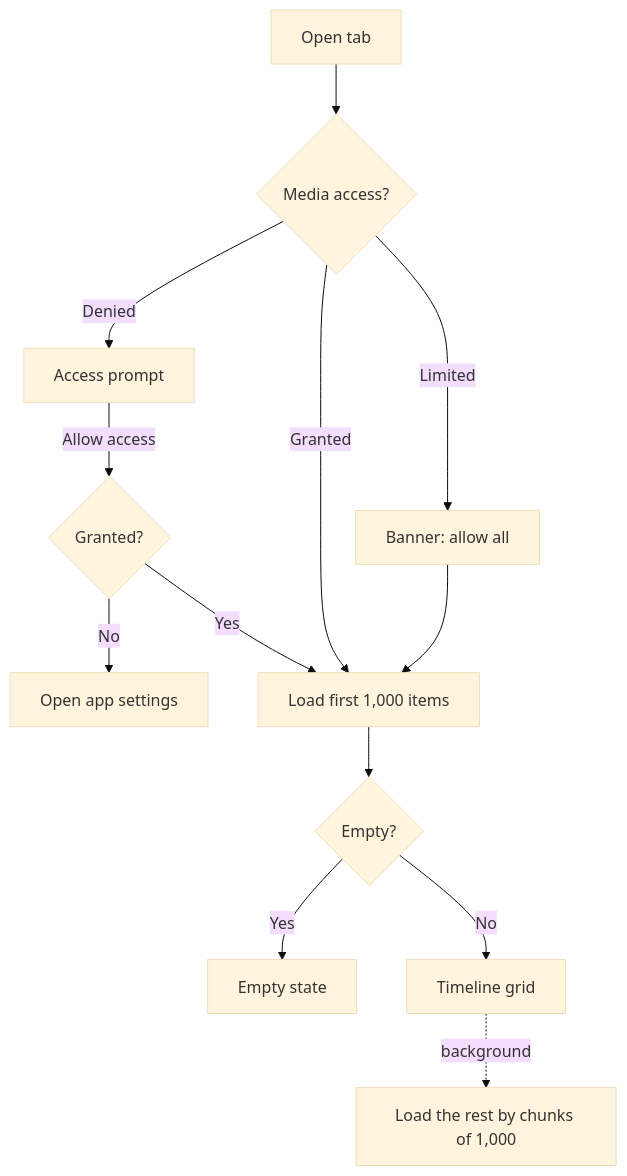
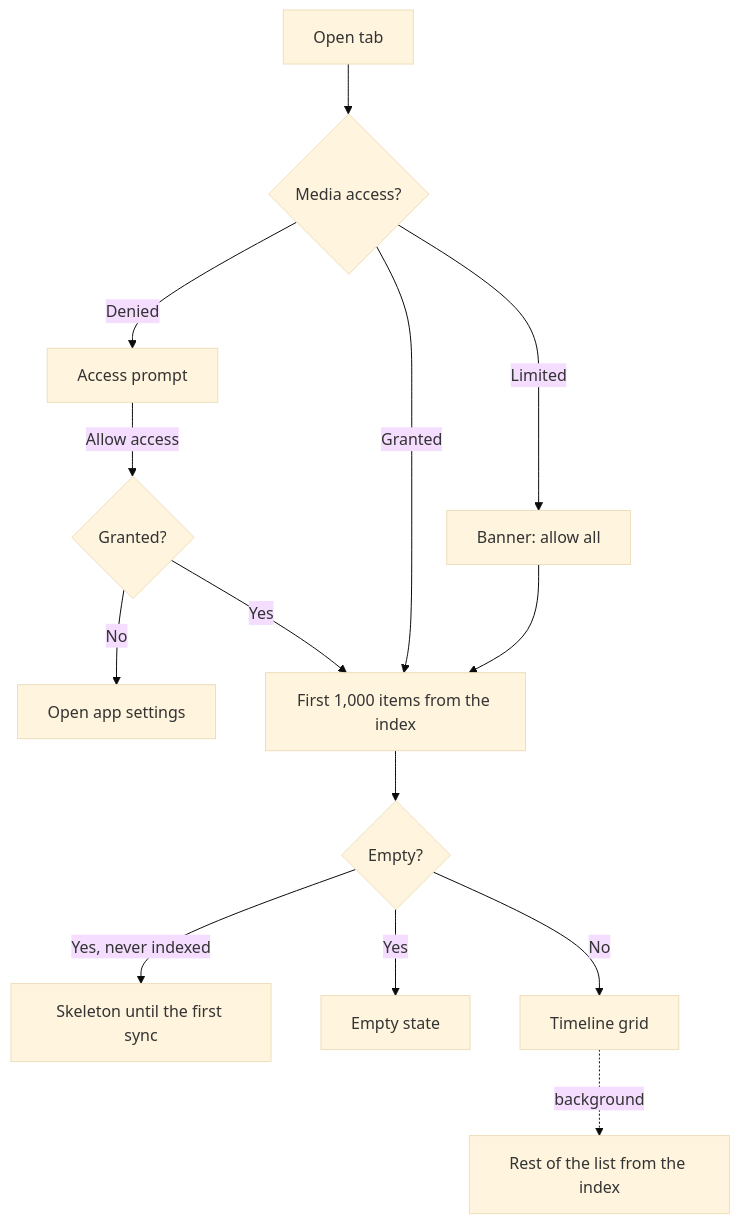
One commit to Bichoumac/Clean-Gallery changed the diagram in docs/features/library.md. Above: the diagram before and after it, drawn with Mermaid (base theme). The commit also changed other lines of this file and 38 other files, not shown here.

````diff
--- a/docs/features/library.md
+++ b/docs/features/library.md
@@ -79,12 +93,13 @@
 ```mermaid
 flowchart TD
     A[Open tab] --> B{Media access?}
     B -->|Denied| C[Access prompt] -->|Allow access| D{Granted?}
     D -->|No| E[Open app settings]
     D -->|Yes| F
-    B -->|Granted| F[Load first 1,000 items]
+    B -->|Granted| F[First 1,000 items from the index]
     B -->|Limited| G[Banner: allow all] --> F
     F --> H{Empty?}
+    H -->|Yes, never indexed| S[Skeleton until the first sync]
     H -->|Yes| I[Empty state]
-    H -->|No| J[Timeline grid] -.->|background| K[Load the rest by chunks of 1,000]
+    H -->|No| J[Timeline grid] -.->|background| K[Rest of the list from the index]
 ```
````
